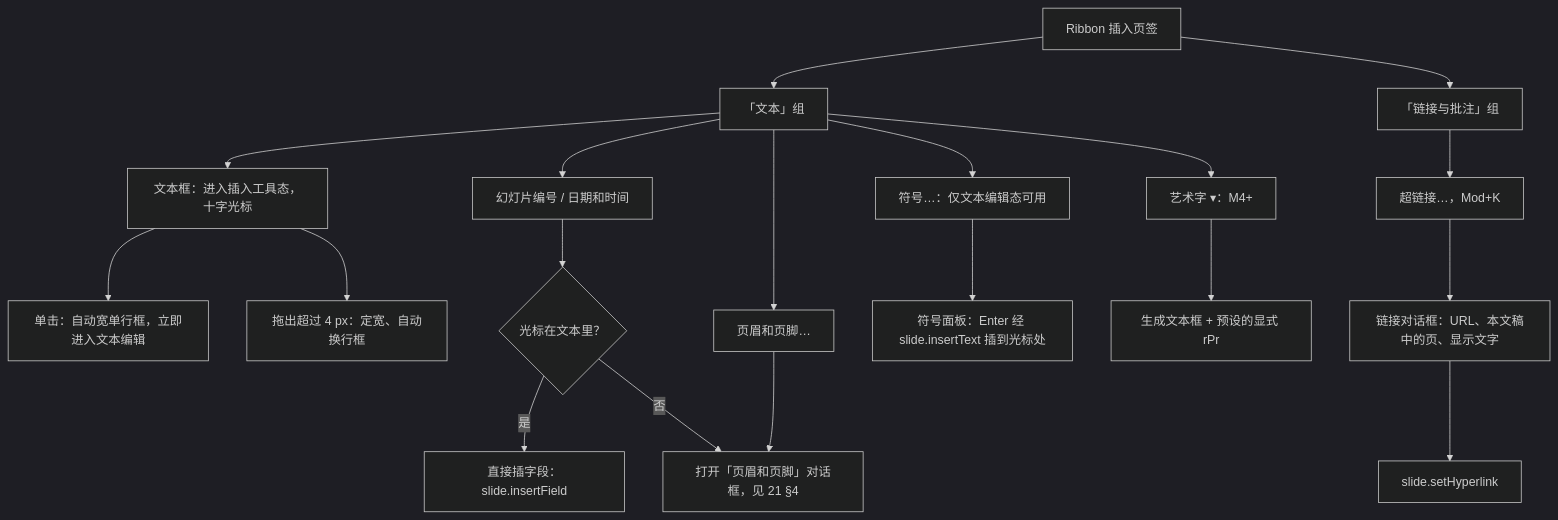
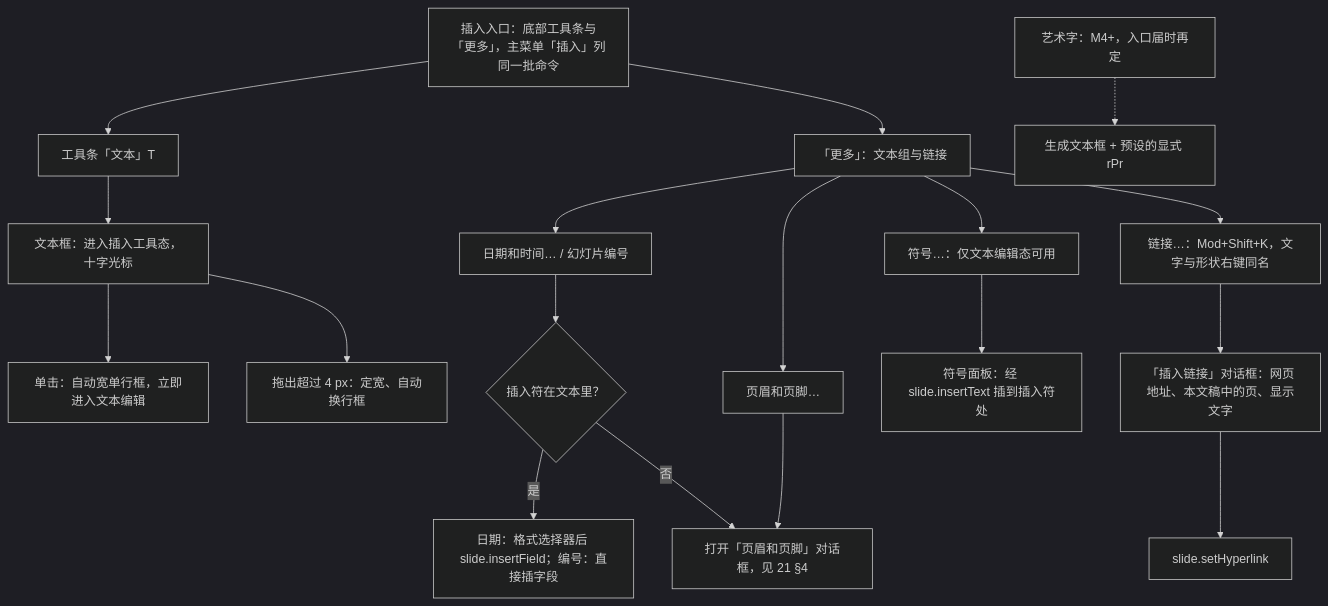
Before and after one commit to Xeonice/cordis-ppt-editor: the first of 10 diagrams in docs/50-frontend/20-elements-text.md, drawn with Mermaid (dark theme). The commit also changed other lines of this file and 25 other files, not shown here.

````diff
--- a/docs/50-frontend/20-elements-text.md
+++ b/docs/50-frontend/20-elements-text.md
@@ -64,17 +64,17 @@
 ```mermaid
 flowchart TB
-  ribbon["Ribbon 插入页签"] --> textGroup["「文本」组"]
-  ribbon --> linkGroup["「链接与批注」组"]
-  textGroup --> tb["文本框：进入插入工具态，十字光标"]
+  entry["插入入口：底部工具条与「更多」，主菜单「插入」列同一批命令"] --> tool["工具条「文本」T"]
+  entry --> more["「更多」：文本组与链接"]
+  tool --> tb["文本框：进入插入工具态，十字光标"]
   tb --> tbClick["单击：自动宽单行框，立即进入文本编辑"]
   tb --> tbDrag["拖出超过 4 px：定宽、自动换行框"]
-  textGroup --> numDate["幻灯片编号 / 日期和时间"]
-  numDate --> inText{"光标在文本里？"}
-  inText -- "是" --> field["直接插字段：slide.insertField"]
+  more --> numDate["日期和时间… / 幻灯片编号"]
+  numDate --> inText{"插入符在文本里？"}
+  inText -- "是" --> field["日期：格式选择器后 slide.insertField；编号：直接插字段"]
   inText -- "否" --> hf["打开「页眉和页脚」对话框，见 21 §4"]
-  textGroup --> hfBtn["页眉和页脚…"] --> hf
-  textGroup --> sym["符号…：仅文本编辑态可用"] --> panel["符号面板：Enter 经 slide.insertText 插到光标处"]
-  textGroup --> wa["艺术字 ▾：M4+"] --> waIns["生成文本框 + 预设的显式 rPr"]
-  linkGroup --> link["超链接…，Mod+K"] --> dlg["链接对话框：URL、本文稿中的页、显示文字"]
+  more --> hfBtn["页眉和页脚…"] --> hf
+  more --> sym["符号…：仅文本编辑态可用"] --> panel["符号面板：经 slide.insertText 插到插入符处"]
+  more --> link["链接…：Mod+Shift+K，文字与形状右键同名"] --> dlg["「插入链接」对话框：网页地址、本文稿中的页、显示文字"]
   dlg --> setLink["slide.setHyperlink"]
+  wa["艺术字：M4+，入口届时再定"] -.-> waIns["生成文本框 + 预设的显式 rPr"]
 ```
````
